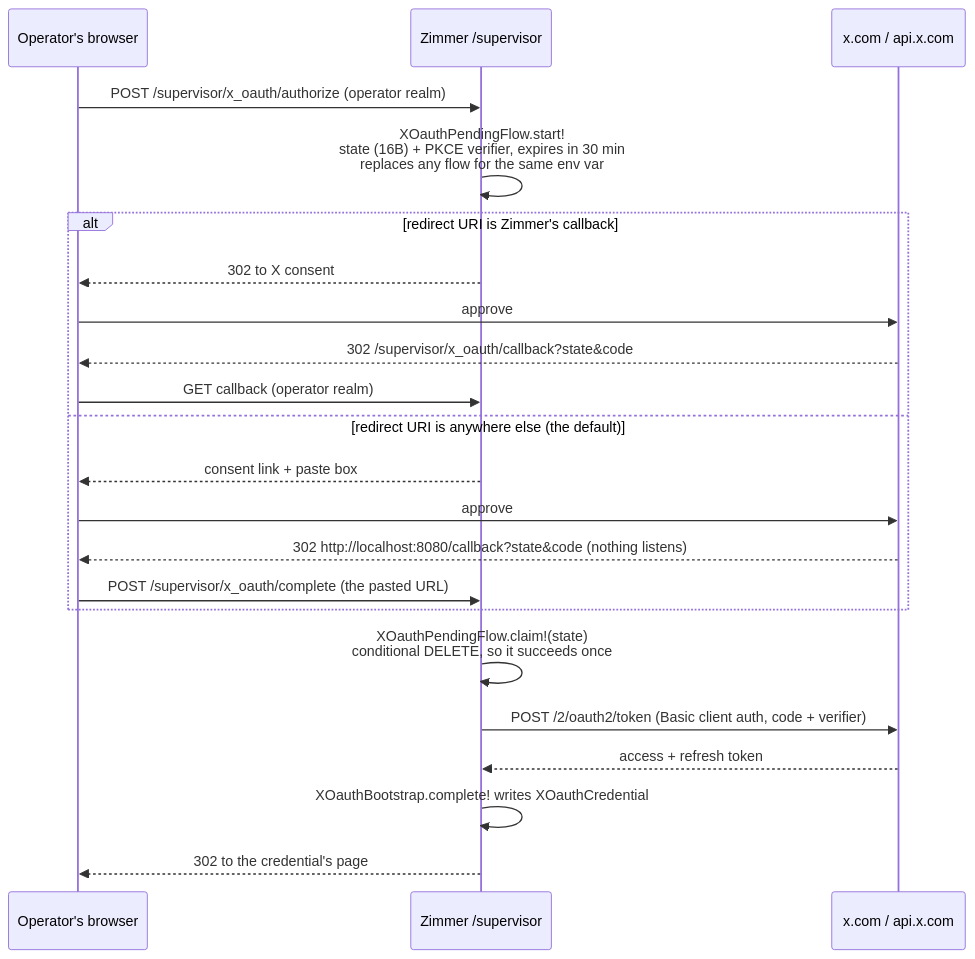
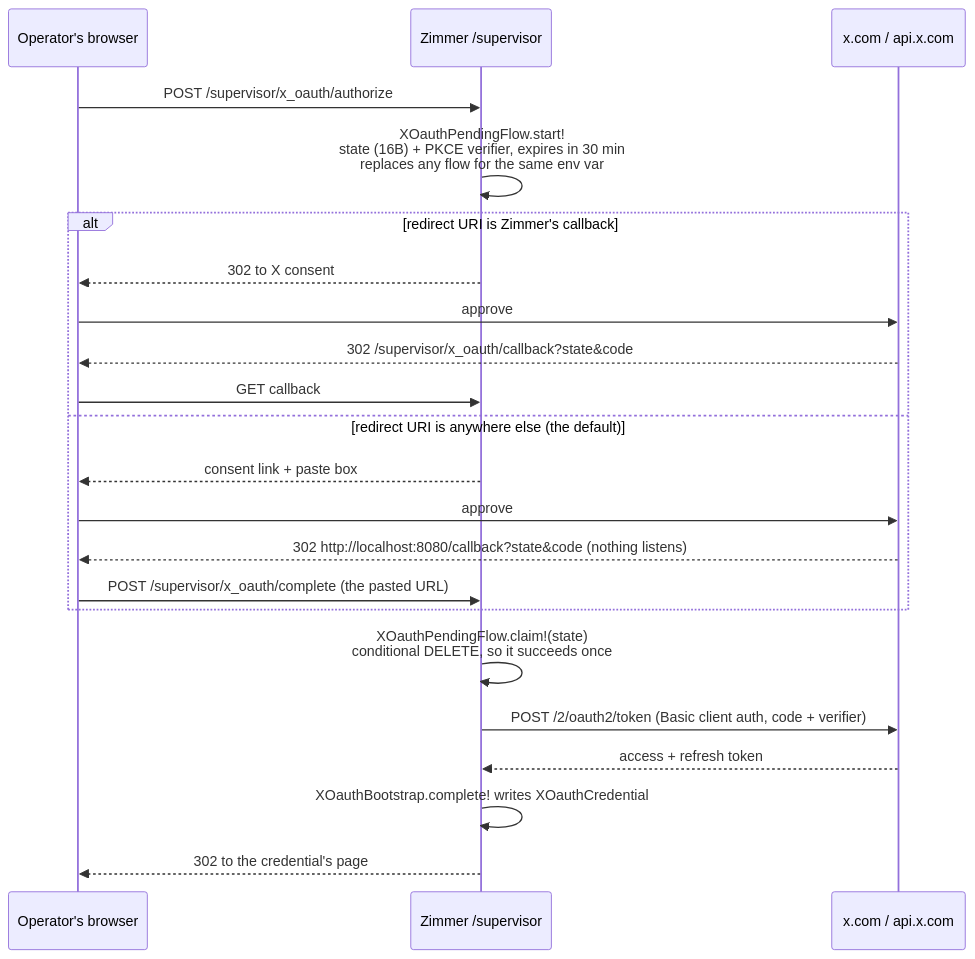
One commit to tadasant/zimmer changed the fourth of 4 diagrams in docs/src/content/docs/auth/mcp-oauth.md. Above: the diagram before and after it, drawn with Mermaid. The commit also changed other lines of this file and 60 other files, not shown here.

First line of the commit message:
refactor(auth): remove the operator HTTP Basic realm; one auth posture across the web UI

````diff
--- a/docs/src/content/docs/auth/mcp-oauth.md
+++ b/docs/src/content/docs/auth/mcp-oauth.md
@@ -750,25 +750,25 @@
 ```mermaid
 sequenceDiagram
     participant O as Operator's browser
     participant Z as Zimmer /supervisor
     participant X as x.com / api.x.com
 
-    O->>Z: POST /supervisor/x_oauth/authorize (operator realm)
+    O->>Z: POST /supervisor/x_oauth/authorize
     Z->>Z: XOauthPendingFlow.start!<br/>state (16B) + PKCE verifier, expires in 30 min<br/>replaces any flow for the same env var
     alt redirect URI is Zimmer's callback
         Z-->>O: 302 to X consent
         O->>X: approve
         X-->>O: 302 /supervisor/x_oauth/callback?state&code
-        O->>Z: GET callback (operator realm)
+        O->>Z: GET callback
     else redirect URI is anywhere else (the default)
         Z-->>O: consent link + paste box
         O->>X: approve
         X-->>O: 302 http://localhost:8080/callback?state&code (nothing listens)
         O->>Z: POST /supervisor/x_oauth/complete (the pasted URL)
     end
     Z->>Z: XOauthPendingFlow.claim!(state)<br/>conditional DELETE, so it succeeds once
     Z->>X: POST /2/oauth2/token (Basic client auth, code + verifier)
     X-->>Z: access + refresh token
     Z->>Z: XOauthBootstrap.complete! writes XOauthCredential
     Z-->>O: 302 to the credential's page
 ```
````
